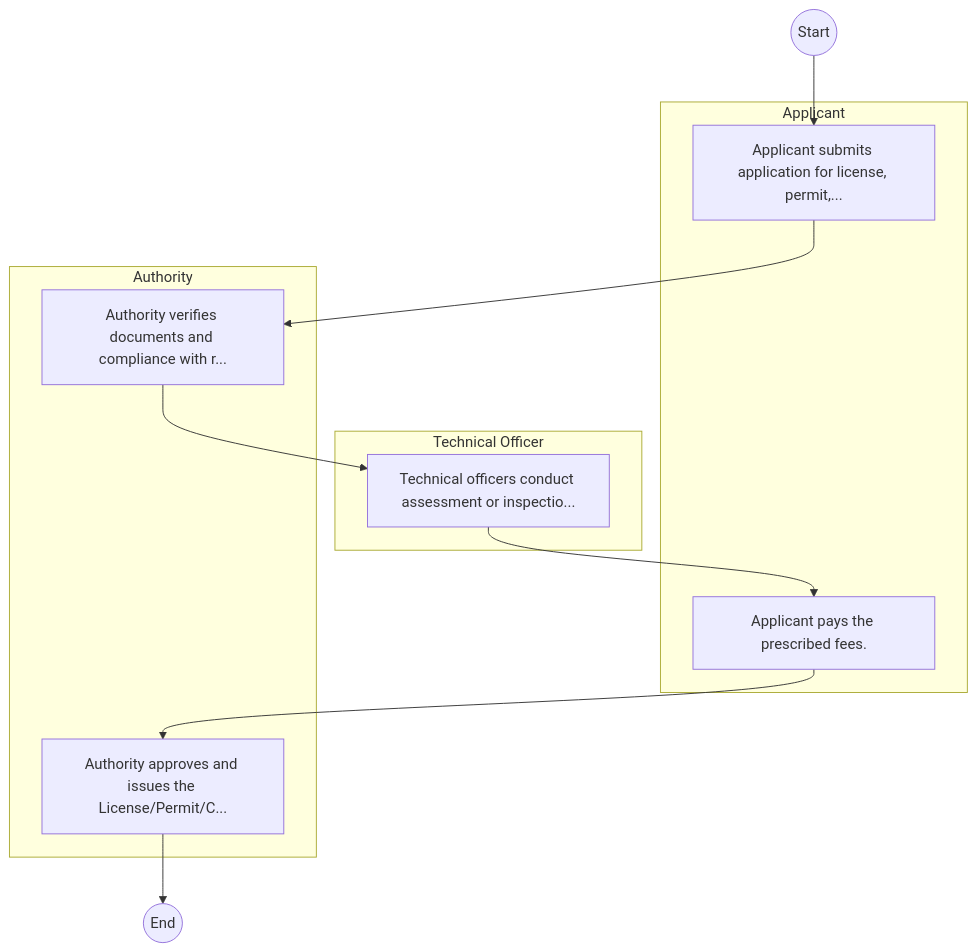
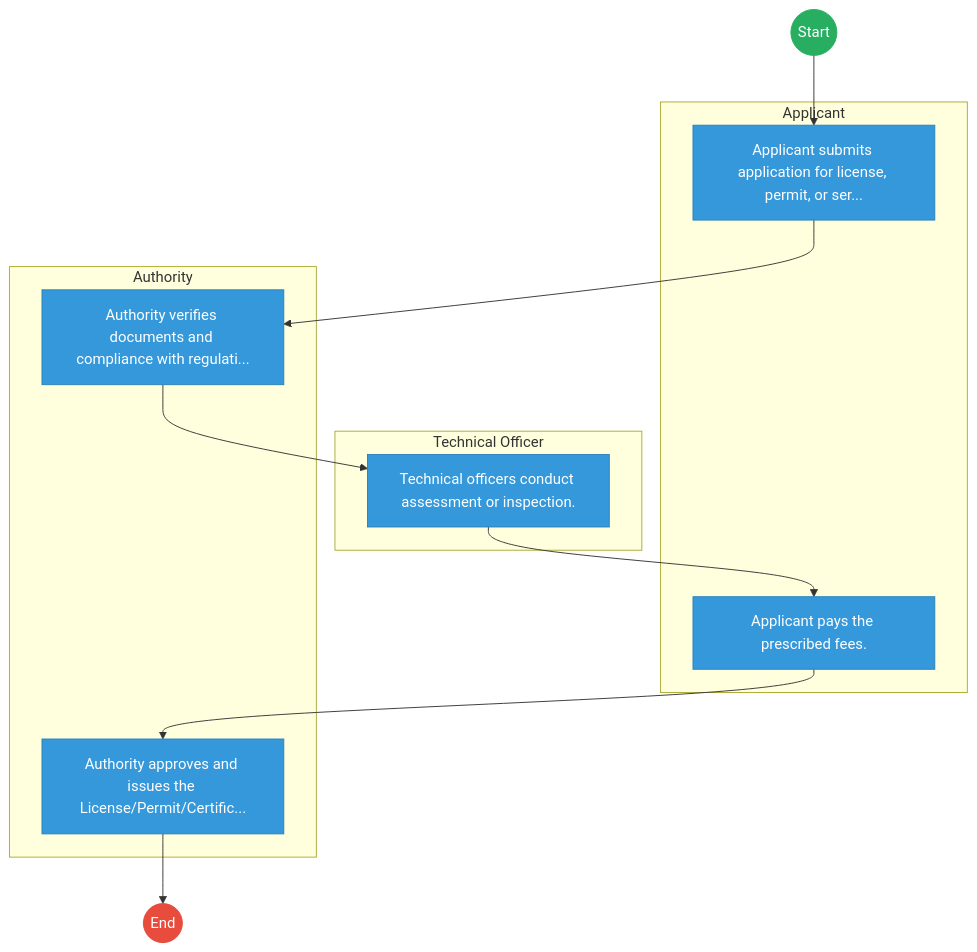
The first of 2 diagrams in mdas/docs_final/Kenya_Health_Professionals_Oversight_Authority___Service_Delivery.md (BITZ-IT-Consulting-LTD/ictapoc), drawn with Mermaid before and after one commit. The commit also changed other lines of this file and 461 other files, not shown here.

````diff
--- a/mdas/docs_final/Kenya_Health_Professionals_Oversight_Authority___Service_Delivery.md
+++ b/mdas/docs_final/Kenya_Health_Professionals_Oversight_Authority___Service_Delivery.md
@@ -20,20 +20,32 @@
 ```mermaid
 graph TD
     Start((Start)) --> S1
+
     subgraph Applicant [Applicant]
-        S1["Applicant submits application for license, permit,..."]
+        S1["Applicant submits application for license, permit, or ser..."]
         S4["Applicant pays the prescribed fees."]
     end
+
     subgraph Authority [Authority]
-        S2["Authority verifies documents and compliance with r..."]
-        S5["Authority approves and issues the License/Permit/C..."]
+        S2["Authority verifies documents and compliance with regulati..."]
+        S5["Authority approves and issues the License/Permit/Certific..."]
     end
-    subgraph TechnicalOfficer [Technical Officer]
-        S3["Technical officers conduct assessment or inspectio..."]
+
+    subgraph Technical_Officer [Technical Officer]
+        S3["Technical officers conduct assessment or inspection."]
     end
     S1 --> S2
     S2 --> S3
     S3 --> S4
     S4 --> S5
     S5 --> End((End))
+
+    classDef start fill:#27ae60,stroke:#27ae60,color:#fff;
+    classDef endNode fill:#e74c3c,stroke:#e74c3c,color:#fff;
+    classDef userTask fill:#3498db,stroke:#2980b9,color:#fff;
+    classDef serviceTask fill:#9b59b6,stroke:#8e44ad,color:#fff;
+
+    class Start start;
+    class End endNode;
+    class S1,S2,S3,S4,S5 userTask;
 ```
````
